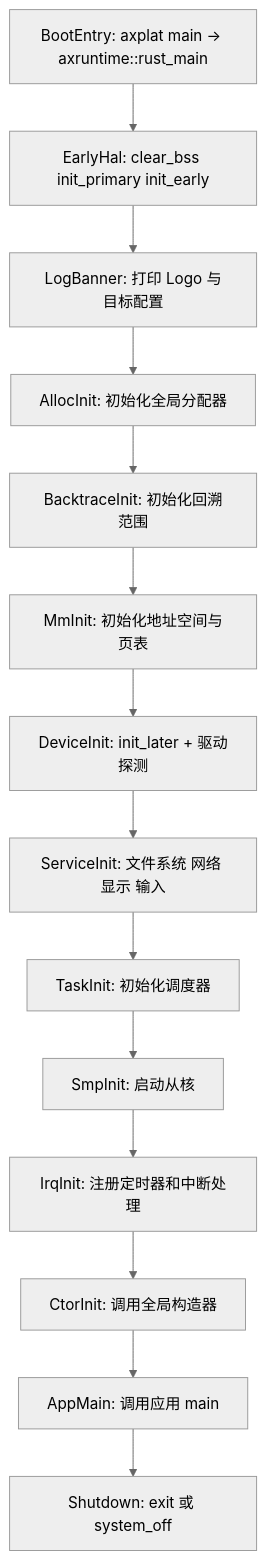
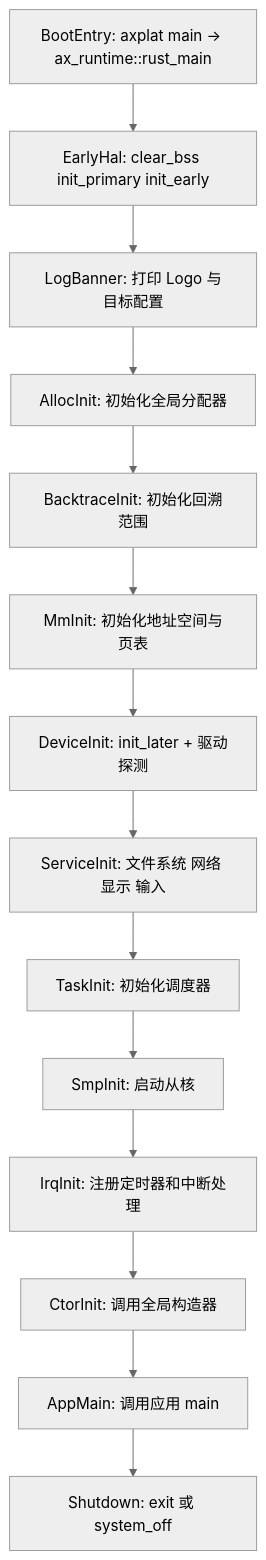
The fifth of 5 diagrams in docs/arceos-internals.md (zKurisu/tgoskits), drawn with Mermaid (neutral theme) before and after one commit. The commit also changed other lines of this file and 69 other files, not shown here.

Commit message:
rename axruntime to ax-runtime

````diff
--- a/docs/arceos-internals.md
+++ b/docs/arceos-internals.md
@@ -324,31 +324,31 @@
 ```mermaid
 flowchart TD
-    bootEntry["BootEntry: axplat main -> axruntime::rust_main"]
+    bootEntry["BootEntry: axplat main -> ax_runtime::rust_main"]
     earlyHal["EarlyHal: clear_bss init_primary init_early"]
     logBanner["LogBanner: 打印 Logo 与目标配置"]
     allocInit["AllocInit: 初始化全局分配器"]
     backtraceInit["BacktraceInit: 初始化回溯范围"]
     mmInit["MmInit: 初始化地址空间与页表"]
     deviceInit["DeviceInit: init_later + 驱动探测"]
     serviceInit["ServiceInit: 文件系统 网络 显示 输入"]
     taskInit["TaskInit: 初始化调度器"]
     smpInit["SmpInit: 启动从核"]
     irqInit["IrqInit: 注册定时器和中断处理"]
     ctorInit["CtorInit: 调用全局构造器"]
     appMain["AppMain: 调用应用 main"]
     shutdown["Shutdown: exit 或 system_off"]
 
     bootEntry --> earlyHal
     earlyHal --> logBanner
     logBanner --> allocInit
     allocInit --> backtraceInit
     backtraceInit --> mmInit
     mmInit --> deviceInit
     deviceInit --> serviceInit
     serviceInit --> taskInit
     taskInit --> smpInit
     smpInit --> irqInit
     irqInit --> ctorInit
     ctorInit --> appMain
     appMain --> shutdown
 ```
````
